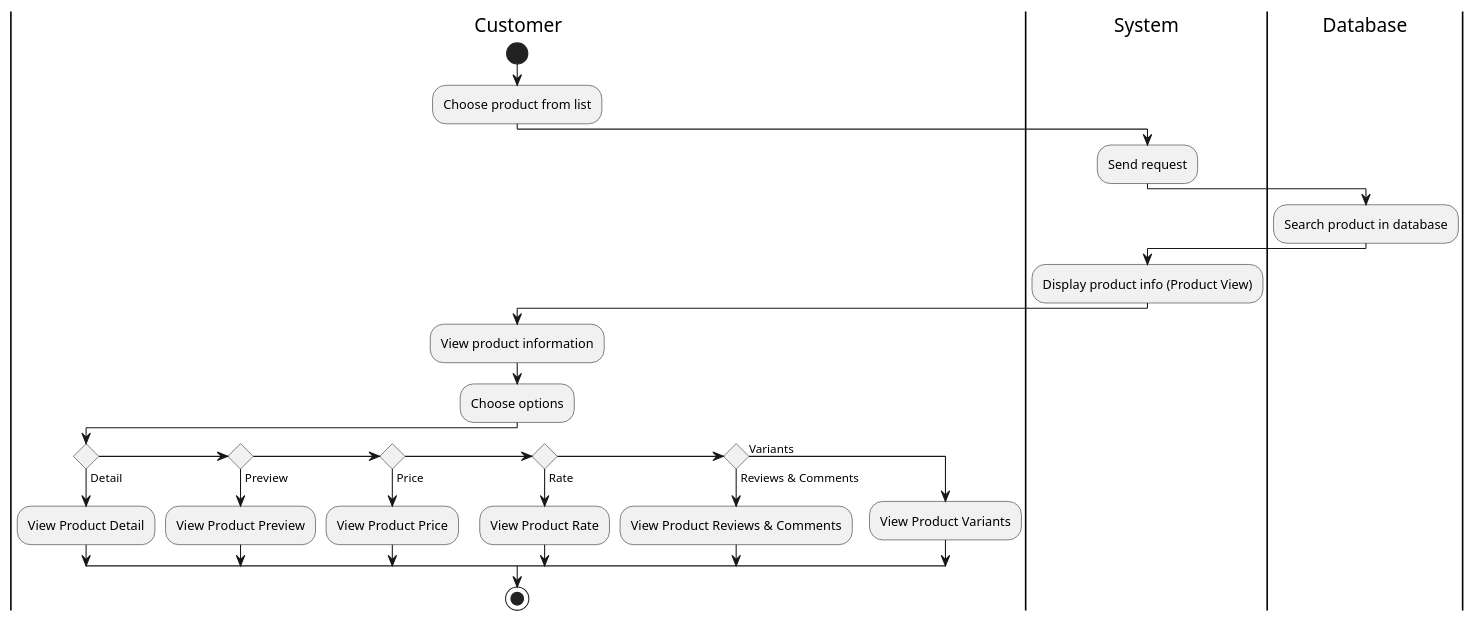
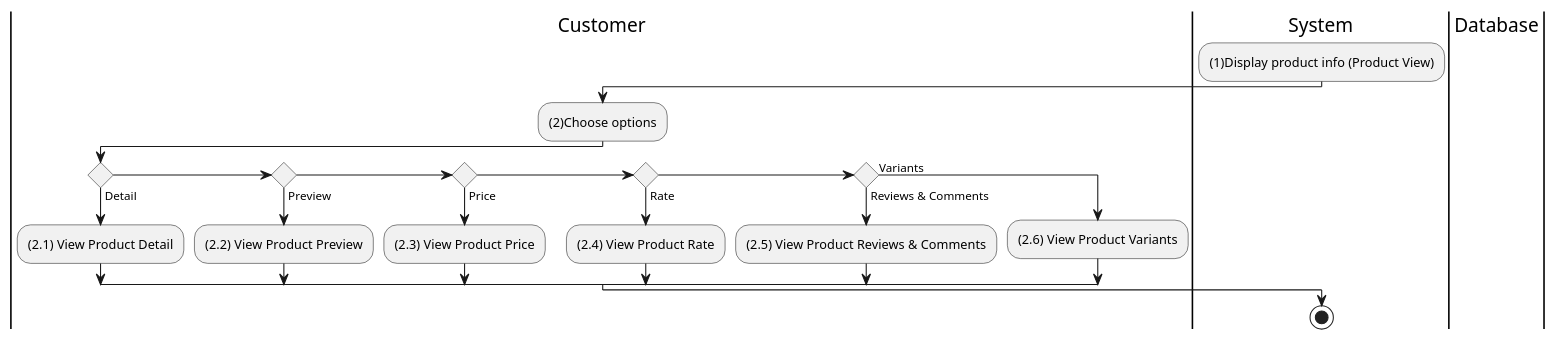
The diagram in docs/docs/activity/view-product/view-product.md (electricilies/electricilies.github.io), drawn with PlantUML before and after one commit.

Commit message:
fix(activity): view product

````diff
--- a/docs/docs/activity/view-product/view-product.md
+++ b/docs/docs/activity/view-product/view-product.md
@@ -3,37 +3,29 @@
 ```plantuml
 @startuml
 |Customer|
-start
-:Choose product from list;
 
 |System|
-:Send request;
+:(1)Display product info (Product View);
 
 |Database|
-:Search product in database;
+
+|Customer|
+:(2)Choose options;
+if () then (Detail)
+  :(2.1) View Product Detail;
+elseif () then (Preview)
+  :(2.2) View Product Preview;
+elseif () then (Price)
+  :(2.3) View Product Price;
+elseif () then (Rate)
+  :(2.4) View Product Rate;
+elseif () then (Reviews & Comments)
+  :(2.5) View Product Reviews & Comments;
+else (Variants)
+  :(2.6) View Product Variants;
+endif
 
 |System|
-:Display product info (Product View);
-
-|Customer|
-:View product information;
-:Choose options;
-if () then (Detail)
-  :View Product Detail;
-elseif () then (Preview)
-  :View Product Preview;
-elseif () then (Price)
-  :View Product Price;
-elseif () then (Rate)
-  :View Product Rate;
-elseif () then(Reviews & Comments)
-  :View Product Reviews & Comments;
-else (Variants)
-  :View Product Variants;
-endif
-
-|Customer|
 stop
 @enduml
-
 ```
````
